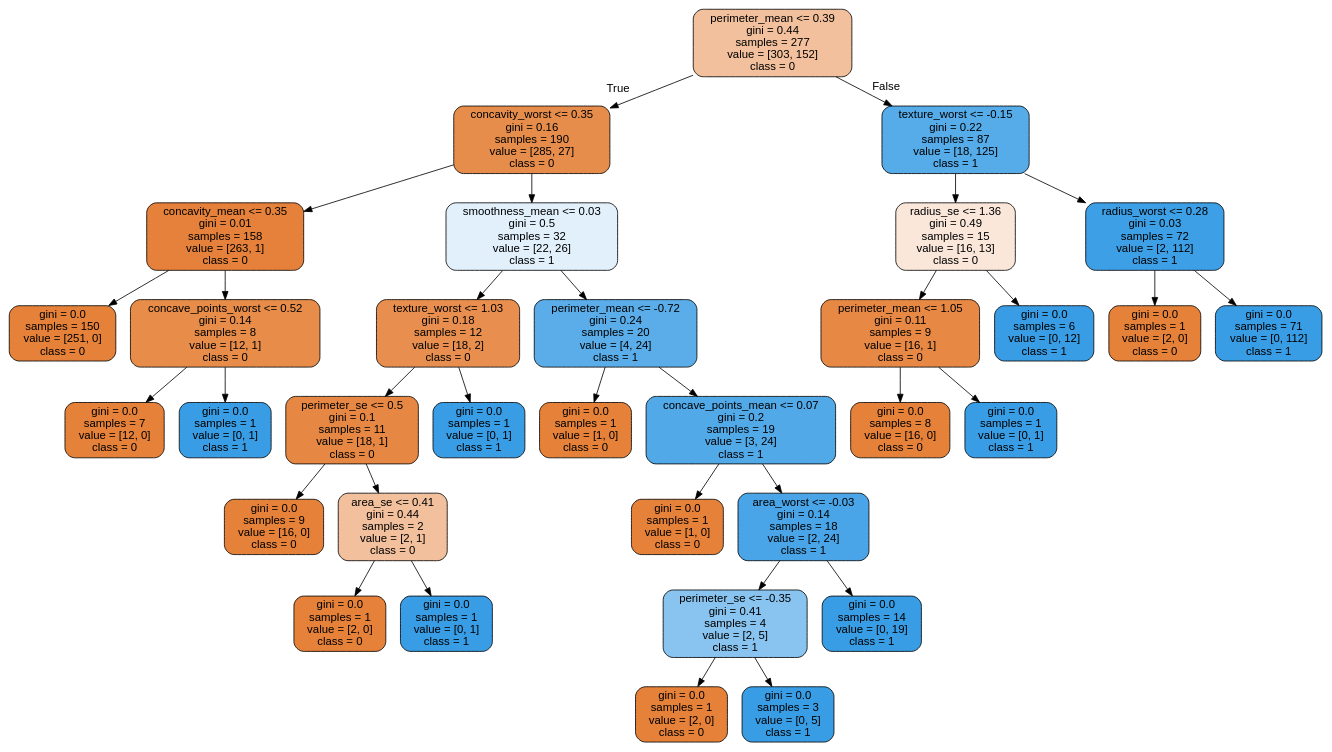
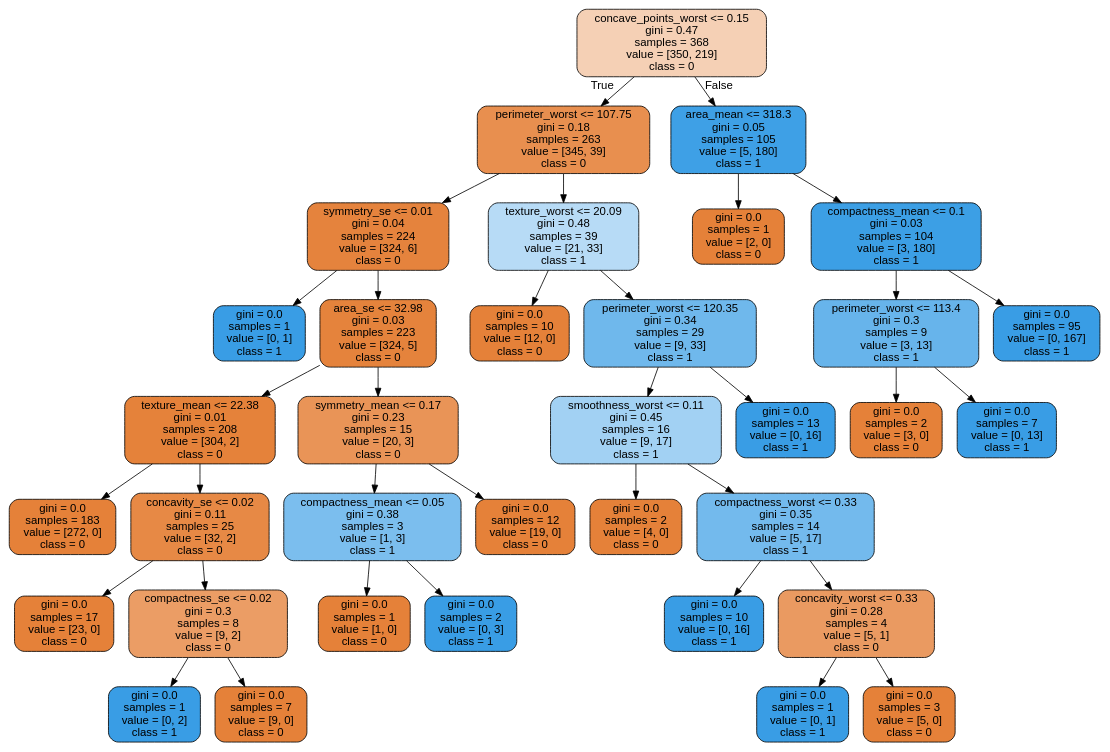
One commit to cyrilvincent/mlops changed the diagram in data/cancer/tree.dot. Above: the diagram before and after it, drawn with Graphviz. The commit also changed 3 other files, not shown here.

```diff
--- a/data/cancer/tree.dot
+++ b/data/cancer/tree.dot
@@ -1,69 +1,73 @@
 digraph Tree {
 node [shape=box, style="filled, rounded", color="black", fontname="helvetica"] ;
 edge [fontname="helvetica"] ;
-0 [label="perimeter_mean <= 0.39\ngini = 0.44\nsamples = 277\nvalue = [303, 152]\nclass = 0", fillcolor="#f2c09c"] ;
-1 [label="concavity_worst <= 0.35\ngini = 0.16\nsamples = 190\nvalue = [285, 27]\nclass = 0", fillcolor="#e78d4c"] ;
+0 [label="concave_points_worst <= 0.15\ngini = 0.47\nsamples = 368\nvalue = [350, 219]\nclass = 0", fillcolor="#f5d0b5"] ;
+1 [label="perimeter_worst <= 107.75\ngini = 0.18\nsamples = 263\nvalue = [345, 39]\nclass = 0", fillcolor="#e88f4f"] ;
 0 -> 1 [labeldistance=2.5, labelangle=45, headlabel="True"] ;
-2 [label="concavity_mean <= 0.35\ngini = 0.01\nsamples = 158\nvalue = [263, 1]\nclass = 0", fillcolor="#e5813a"] ;
+2 [label="symmetry_se <= 0.01\ngini = 0.04\nsamples = 224\nvalue = [324, 6]\nclass = 0", fillcolor="#e5833d"] ;
 1 -> 2 ;
-3 [label="gini = 0.0\nsamples = 150\nvalue = [251, 0]\nclass = 0", fillcolor="#e58139"] ;
+3 [label="gini = 0.0\nsamples = 1\nvalue = [0, 1]\nclass = 1", fillcolor="#399de5"] ;
 2 -> 3 ;
-4 [label="concave_points_worst <= 0.52\ngini = 0.14\nsamples = 8\nvalue = [12, 1]\nclass = 0", fillcolor="#e78c49"] ;
+4 [label="area_se <= 32.98\ngini = 0.03\nsamples = 223\nvalue = [324, 5]\nclass = 0", fillcolor="#e5833c"] ;
 2 -> 4 ;
-5 [label="gini = 0.0\nsamples = 7\nvalue = [12, 0]\nclass = 0", fillcolor="#e58139"] ;
+5 [label="texture_mean <= 22.38\ngini = 0.01\nsamples = 208\nvalue = [304, 2]\nclass = 0", fillcolor="#e5823a"] ;
 4 -> 5 ;
-6 [label="gini = 0.0\nsamples = 1\nvalue = [0, 1]\nclass = 1", fillcolor="#399de5"] ;
-4 -> 6 ;
-7 [label="smoothness_mean <= 0.03\ngini = 0.5\nsamples = 32\nvalue = [22, 26]\nclass = 1", fillcolor="#e1f0fb"] ;
-1 -> 7 ;
-8 [label="texture_worst <= 1.03\ngini = 0.18\nsamples = 12\nvalue = [18, 2]\nclass = 0", fillcolor="#e88f4f"] ;
+6 [label="gini = 0.0\nsamples = 183\nvalue = [272, 0]\nclass = 0", fillcolor="#e58139"] ;
+5 -> 6 ;
+7 [label="concavity_se <= 0.02\ngini = 0.11\nsamples = 25\nvalue = [32, 2]\nclass = 0", fillcolor="#e78945"] ;
+5 -> 7 ;
+8 [label="gini = 0.0\nsamples = 17\nvalue = [23, 0]\nclass = 0", fillcolor="#e58139"] ;
 7 -> 8 ;
-9 [label="perimeter_se <= 0.5\ngini = 0.1\nsamples = 11\nvalue = [18, 1]\nclass = 0", fillcolor="#e68844"] ;
-8 -> 9 ;
-10 [label="gini = 0.0\nsamples = 9\nvalue = [16, 0]\nclass = 0", fillcolor="#e58139"] ;
+9 [label="compactness_se <= 0.02\ngini = 0.3\nsamples = 8\nvalue = [9, 2]\nclass = 0", fillcolor="#eb9d65"] ;
+7 -> 9 ;
+10 [label="gini = 0.0\nsamples = 1\nvalue = [0, 2]\nclass = 1", fillcolor="#399de5"] ;
 9 -> 10 ;
-11 [label="area_se <= 0.41\ngini = 0.44\nsamples = 2\nvalue = [2, 1]\nclass = 0", fillcolor="#f2c09c"] ;
+11 [label="gini = 0.0\nsamples = 7\nvalue = [9, 0]\nclass = 0", fillcolor="#e58139"] ;
 9 -> 11 ;
-12 [label="gini = 0.0\nsamples = 1\nvalue = [2, 0]\nclass = 0", fillcolor="#e58139"] ;
-11 -> 12 ;
-13 [label="gini = 0.0\nsamples = 1\nvalue = [0, 1]\nclass = 1", fillcolor="#399de5"] ;
-11 -> 13 ;
-14 [label="gini = 0.0\nsamples = 1\nvalue = [0, 1]\nclass = 1", fillcolor="#399de5"] ;
-8 -> 14 ;
-15 [label="perimeter_mean <= -0.72\ngini = 0.24\nsamples = 20\nvalue = [4, 24]\nclass = 1", fillcolor="#5aade9"] ;
-7 -> 15 ;
-16 [label="gini = 0.0\nsamples = 1\nvalue = [1, 0]\nclass = 0", fillcolor="#e58139"] ;
-15 -> 16 ;
-17 [label="concave_points_mean <= 0.07\ngini = 0.2\nsamples = 19\nvalue = [3, 24]\nclass = 1", fillcolor="#52a9e8"] ;
-15 -> 17 ;
-18 [label="gini = 0.0\nsamples = 1\nvalue = [1, 0]\nclass = 0", fillcolor="#e58139"] ;
+12 [label="symmetry_mean <= 0.17\ngini = 0.23\nsamples = 15\nvalue = [20, 3]\nclass = 0", fillcolor="#e99457"] ;
+4 -> 12 ;
+13 [label="compactness_mean <= 0.05\ngini = 0.38\nsamples = 3\nvalue = [1, 3]\nclass = 1", fillcolor="#7bbeee"] ;
+12 -> 13 ;
+14 [label="gini = 0.0\nsamples = 1\nvalue = [1, 0]\nclass = 0", fillcolor="#e58139"] ;
+13 -> 14 ;
+15 [label="gini = 0.0\nsamples = 2\nvalue = [0, 3]\nclass = 1", fillcolor="#399de5"] ;
+13 -> 15 ;
+16 [label="gini = 0.0\nsamples = 12\nvalue = [19, 0]\nclass = 0", fillcolor="#e58139"] ;
+12 -> 16 ;
+17 [label="texture_worst <= 20.09\ngini = 0.48\nsamples = 39\nvalue = [21, 33]\nclass = 1", fillcolor="#b7dbf6"] ;
+1 -> 17 ;
+18 [label="gini = 0.0\nsamples = 10\nvalue = [12, 0]\nclass = 0", fillcolor="#e58139"] ;
 17 -> 18 ;
-19 [label="area_worst <= -0.03\ngini = 0.14\nsamples = 18\nvalue = [2, 24]\nclass = 1", fillcolor="#49a5e7"] ;
+19 [label="perimeter_worst <= 120.35\ngini = 0.34\nsamples = 29\nvalue = [9, 33]\nclass = 1", fillcolor="#6fb8ec"] ;
 17 -> 19 ;
-20 [label="perimeter_se <= -0.35\ngini = 0.41\nsamples = 4\nvalue = [2, 5]\nclass = 1", fillcolor="#88c4ef"] ;
+20 [label="smoothness_worst <= 0.11\ngini = 0.45\nsamples = 16\nvalue = [9, 17]\nclass = 1", fillcolor="#a2d1f3"] ;
 19 -> 20 ;
-21 [label="gini = 0.0\nsamples = 1\nvalue = [2, 0]\nclass = 0", fillcolor="#e58139"] ;
+21 [label="gini = 0.0\nsamples = 2\nvalue = [4, 0]\nclass = 0", fillcolor="#e58139"] ;
 20 -> 21 ;
-22 [label="gini = 0.0\nsamples = 3\nvalue = [0, 5]\nclass = 1", fillcolor="#399de5"] ;
+22 [label="compactness_worst <= 0.33\ngini = 0.35\nsamples = 14\nvalue = [5, 17]\nclass = 1", fillcolor="#73baed"] ;
 20 -> 22 ;
-23 [label="gini = 0.0\nsamples = 14\nvalue = [0, 19]\nclass = 1", fillcolor="#399de5"] ;
-19 -> 23 ;
-24 [label="texture_worst <= -0.15\ngini = 0.22\nsamples = 87\nvalue = [18, 125]\nclass = 1", fillcolor="#56abe9"] ;
-0 -> 24 [labeldistance=2.5, labelangle=-45, headlabel="False"] ;
-25 [label="radius_se <= 1.36\ngini = 0.49\nsamples = 15\nvalue = [16, 13]\nclass = 0", fillcolor="#fae7da"] ;
+23 [label="gini = 0.0\nsamples = 10\nvalue = [0, 16]\nclass = 1", fillcolor="#399de5"] ;
+22 -> 23 ;
+24 [label="concavity_worst <= 0.33\ngini = 0.28\nsamples = 4\nvalue = [5, 1]\nclass = 0", fillcolor="#ea9a61"] ;
+22 -> 24 ;
+25 [label="gini = 0.0\nsamples = 1\nvalue = [0, 1]\nclass = 1", fillcolor="#399de5"] ;
 24 -> 25 ;
-26 [label="perimeter_mean <= 1.05\ngini = 0.11\nsamples = 9\nvalue = [16, 1]\nclass = 0", fillcolor="#e78945"] ;
-25 -> 26 ;
-27 [label="gini = 0.0\nsamples = 8\nvalue = [16, 0]\nclass = 0", fillcolor="#e58139"] ;
-26 -> 27 ;
-28 [label="gini = 0.0\nsamples = 1\nvalue = [0, 1]\nclass = 1", fillcolor="#399de5"] ;
-26 -> 28 ;
-29 [label="gini = 0.0\nsamples = 6\nvalue = [0, 12]\nclass = 1", fillcolor="#399de5"] ;
-25 -> 29 ;
-30 [label="radius_worst <= 0.28\ngini = 0.03\nsamples = 72\nvalue = [2, 112]\nclass = 1", fillcolor="#3d9fe5"] ;
-24 -> 30 ;
-31 [label="gini = 0.0\nsamples = 1\nvalue = [2, 0]\nclass = 0", fillcolor="#e58139"] ;
+26 [label="gini = 0.0\nsamples = 3\nvalue = [5, 0]\nclass = 0", fillcolor="#e58139"] ;
+24 -> 26 ;
+27 [label="gini = 0.0\nsamples = 13\nvalue = [0, 16]\nclass = 1", fillcolor="#399de5"] ;
+19 -> 27 ;
+28 [label="area_mean <= 318.3\ngini = 0.05\nsamples = 105\nvalue = [5, 180]\nclass = 1", fillcolor="#3ea0e6"] ;
+0 -> 28 [labeldistance=2.5, labelangle=-45, headlabel="False"] ;
+29 [label="gini = 0.0\nsamples = 1\nvalue = [2, 0]\nclass = 0", fillcolor="#e58139"] ;
+28 -> 29 ;
+30 [label="compactness_mean <= 0.1\ngini = 0.03\nsamples = 104\nvalue = [3, 180]\nclass = 1", fillcolor="#3c9fe5"] ;
+28 -> 30 ;
+31 [label="perimeter_worst <= 113.4\ngini = 0.3\nsamples = 9\nvalue = [3, 13]\nclass = 1", fillcolor="#67b4eb"] ;
 30 -> 31 ;
-32 [label="gini = 0.0\nsamples = 71\nvalue = [0, 112]\nclass = 1", fillcolor="#399de5"] ;
-30 -> 32 ;
+32 [label="gini = 0.0\nsamples = 2\nvalue = [3, 0]\nclass = 0", fillcolor="#e58139"] ;
+31 -> 32 ;
+33 [label="gini = 0.0\nsamples = 7\nvalue = [0, 13]\nclass = 1", fillcolor="#399de5"] ;
+31 -> 33 ;
+34 [label="gini = 0.0\nsamples = 95\nvalue = [0, 167]\nclass = 1", fillcolor="#399de5"] ;
+30 -> 34 ;
 }
```
